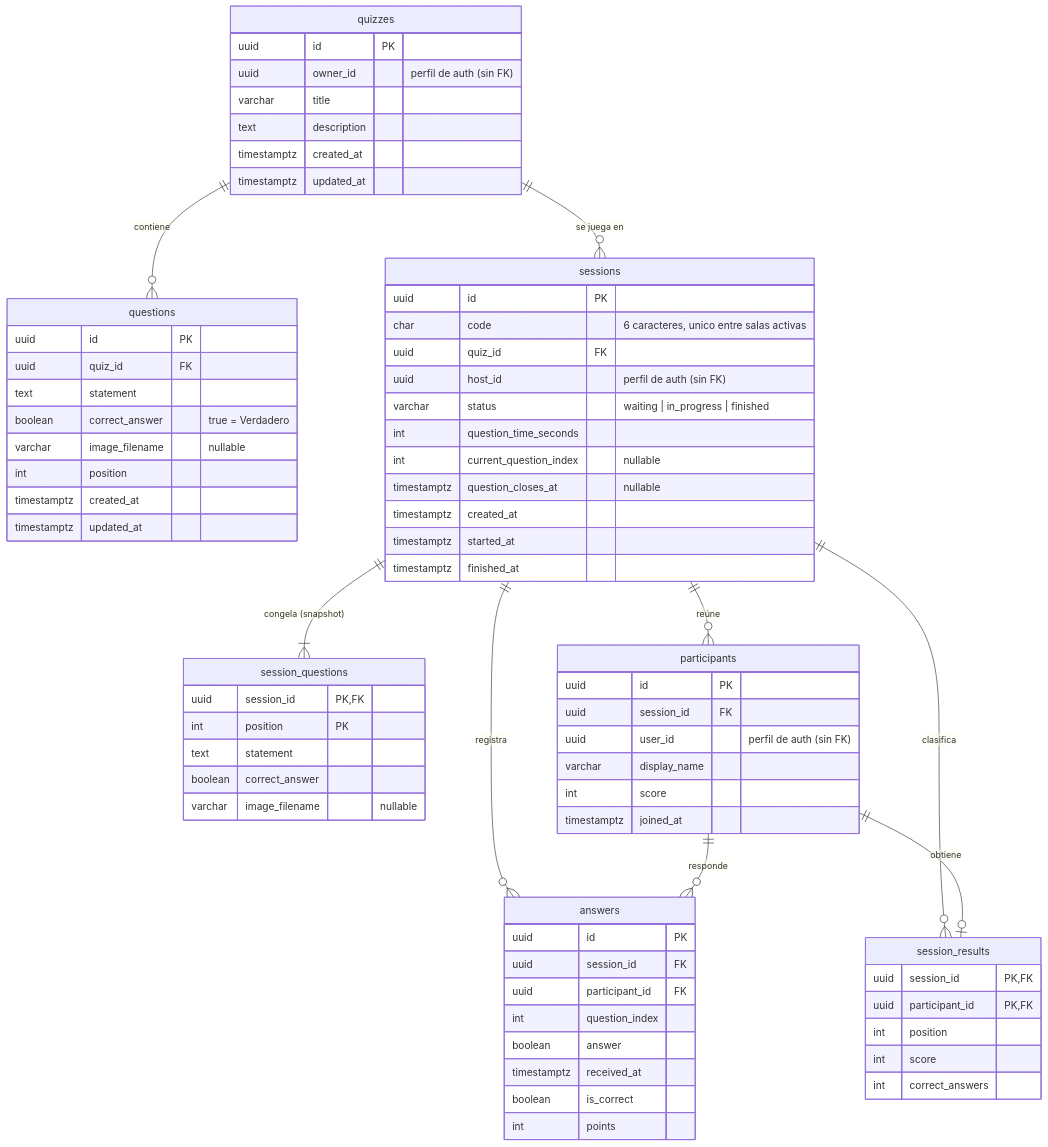
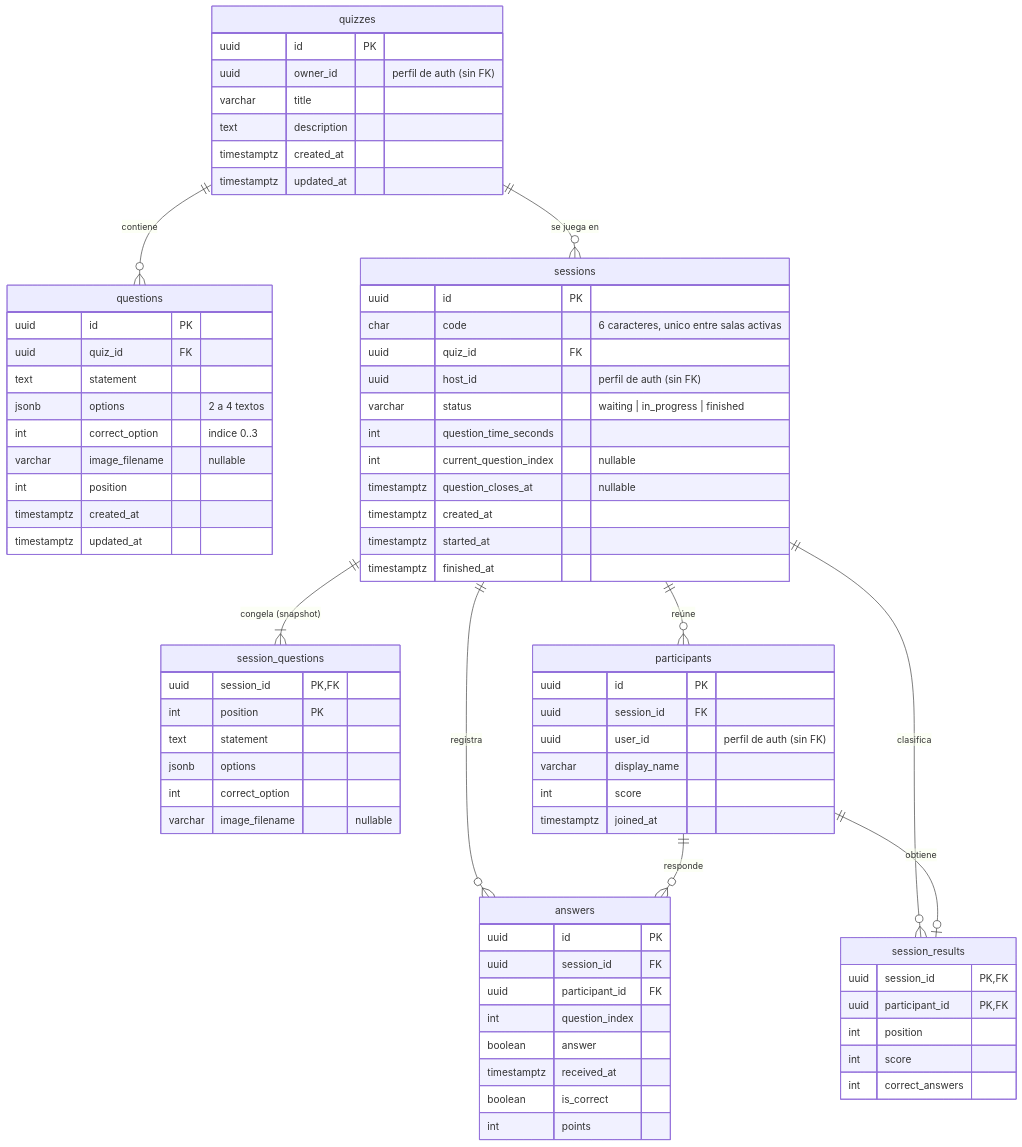
The second of 2 diagrams in docs/modelo-datos.md (AaronSolano/ProyectoFinalParadigmas...), drawn with Mermaid before and after one commit. The commit also changed other lines of this file and 63 other files, not shown here.

````diff
--- a/docs/modelo-datos.md
+++ b/docs/modelo-datos.md
@@ -47,75 +47,77 @@
 ```mermaid
 erDiagram
     quizzes ||--o{ questions : "contiene"
     quizzes ||--o{ sessions : "se juega en"
     sessions ||--|{ session_questions : "congela (snapshot)"
     sessions ||--o{ participants : "reúne"
     sessions ||--o{ answers : "registra"
     participants ||--o{ answers : "responde"
     sessions ||--o{ session_results : "clasifica"
     participants ||--o| session_results : "obtiene"
 
     quizzes {
         uuid id PK
         uuid owner_id "perfil de auth (sin FK)"
         varchar title
         text description
         timestamptz created_at
         timestamptz updated_at
     }
     questions {
         uuid id PK
         uuid quiz_id FK
         text statement
-        boolean correct_answer "true = Verdadero"
+        jsonb options "2 a 4 textos"
+        int correct_option "indice 0..3"
         varchar image_filename "nullable"
         int position
         timestamptz created_at
         timestamptz updated_at
     }
     sessions {
         uuid id PK
         char code "6 caracteres, unico entre salas activas"
         uuid quiz_id FK
         uuid host_id "perfil de auth (sin FK)"
         varchar status "waiting | in_progress | finished"
         int question_time_seconds
         int current_question_index "nullable"
         timestamptz question_closes_at "nullable"
         timestamptz created_at
         timestamptz started_at
         timestamptz finished_at
     }
     session_questions {
         uuid session_id PK, FK
         int position PK
         text statement
-        boolean correct_answer
+        jsonb options
+        int correct_option
         varchar image_filename "nullable"
     }
     participants {
         uuid id PK
         uuid session_id FK
         uuid user_id "perfil de auth (sin FK)"
         varchar display_name
         int score
         timestamptz joined_at
     }
     answers {
         uuid id PK
         uuid session_id FK
         uuid participant_id FK
         int question_index
         boolean answer
         timestamptz received_at
         boolean is_correct
         int points
     }
     session_results {
         uuid session_id PK, FK
         uuid participant_id PK, FK
         int position
         int score
         int correct_answers
     }
 ```
````
